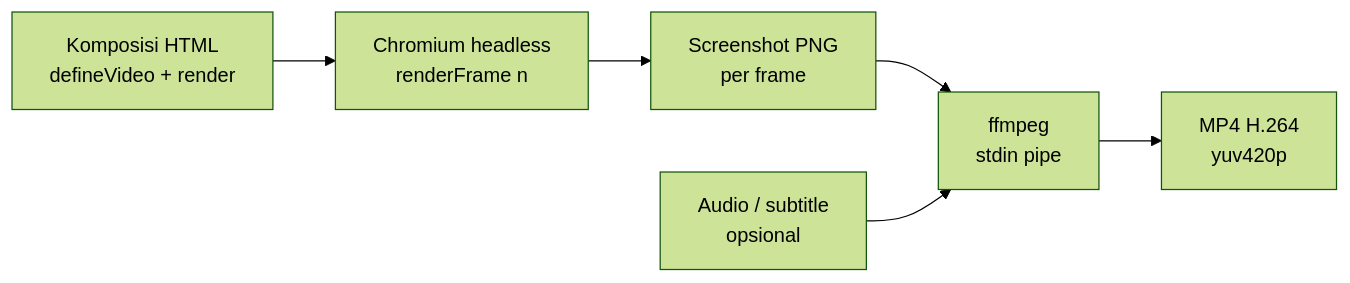
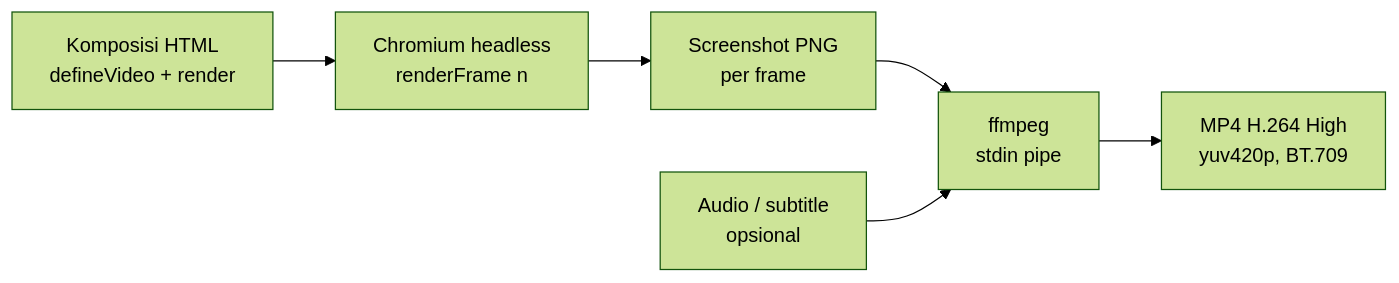
One commit to ahliweb/awvd changed the second of 2 diagrams in README.md. Above: the diagram before and after it, drawn with Mermaid (forest theme). The commit also changed other lines of this file and 3 other files, not shown here.

````diff
--- a/README.md
+++ b/README.md
@@ -85,8 +85,8 @@
 ```mermaid
 flowchart LR
     K[Komposisi HTML<br/>defineVideo + render] --> C[Chromium headless<br/>renderFrame n]
     C --> P[Screenshot PNG<br/>per frame]
     P --> F[ffmpeg<br/>stdin pipe]
     A[Audio / subtitle<br/>opsional] --> F
-    F --> M[MP4 H.264<br/>yuv420p]
+    F --> M[MP4 H.264 High<br/>yuv420p, BT.709]
 ```
````
